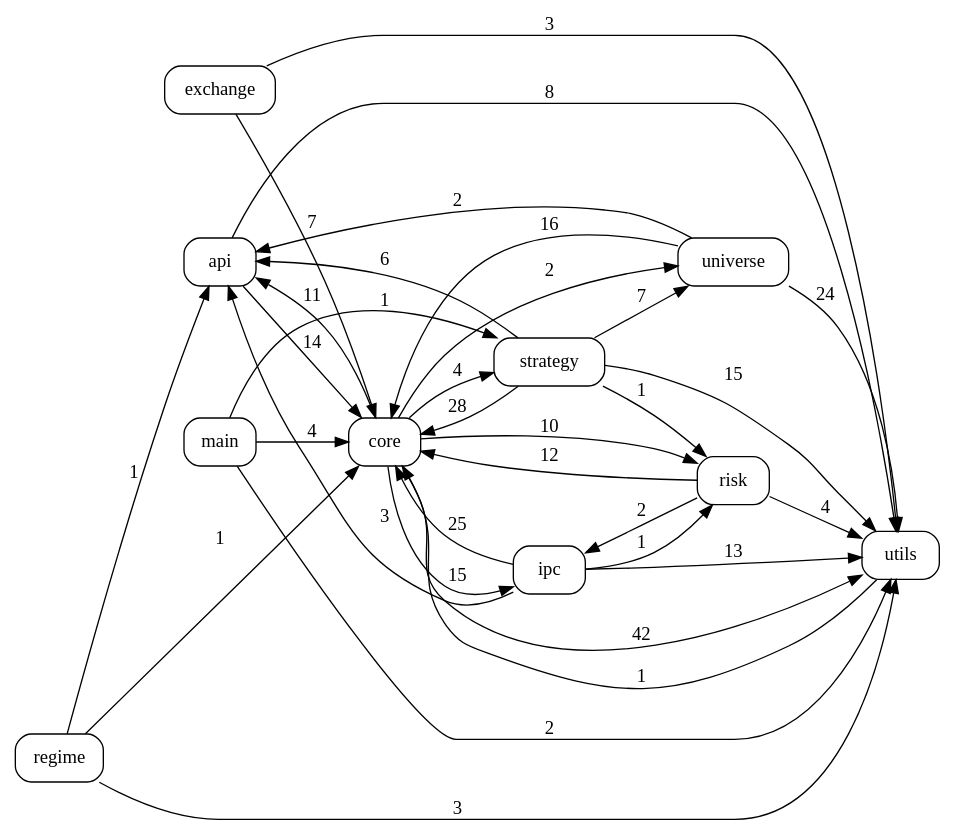
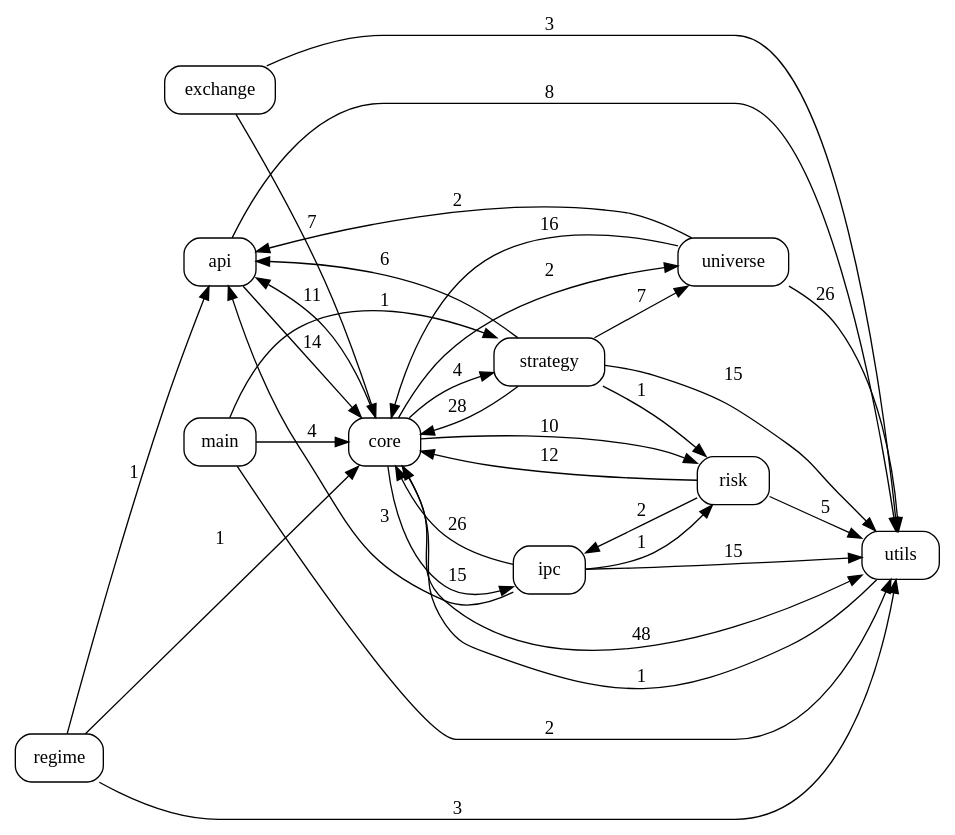
One commit to pypy8171/Quant changed the diagram in docs/code_graph.dot. Above: the diagram before and after it, drawn with Graphviz. The commit also changed 69 other files, not shown here.

```diff
--- a/docs/code_graph.dot
+++ b/docs/code_graph.dot
@@ -1,46 +1,46 @@
 digraph code_graph {
   rankdir=LR;
   node [shape=box, style=rounded, fontname="Consolas"];
   "api";
   "core";
   "exchange";
   "ipc";
   "main";
   "regime";
   "risk";
   "strategy";
   "universe";
   "utils";
   "api" -> "core" [label="14"];
   "api" -> "utils" [label="8"];
   "core" -> "api" [label="11"];
   "core" -> "ipc" [label="15"];
   "core" -> "risk" [label="10"];
   "core" -> "strategy" [label="4"];
   "core" -> "universe" [label="2"];
-  "core" -> "utils" [label="42"];
+  "core" -> "utils" [label="48"];
   "exchange" -> "core" [label="7"];
   "exchange" -> "utils" [label="3"];
   "ipc" -> "api" [label="3"];
-  "ipc" -> "core" [label="25"];
+  "ipc" -> "core" [label="26"];
   "ipc" -> "risk" [label="1"];
-  "ipc" -> "utils" [label="13"];
+  "ipc" -> "utils" [label="15"];
   "main" -> "core" [label="4"];
   "main" -> "strategy" [label="1"];
   "main" -> "utils" [label="2"];
   "regime" -> "api" [label="1"];
   "regime" -> "core" [label="1"];
   "regime" -> "utils" [label="3"];
   "risk" -> "core" [label="12"];
   "risk" -> "ipc" [label="2"];
-  "risk" -> "utils" [label="4"];
+  "risk" -> "utils" [label="5"];
   "strategy" -> "api" [label="6"];
   "strategy" -> "core" [label="28"];
   "strategy" -> "risk" [label="1"];
   "strategy" -> "universe" [label="7"];
   "strategy" -> "utils" [label="15"];
   "universe" -> "api" [label="2"];
   "universe" -> "core" [label="16"];
-  "universe" -> "utils" [label="24"];
+  "universe" -> "utils" [label="26"];
   "utils" -> "core" [label="1"];
 }
```
